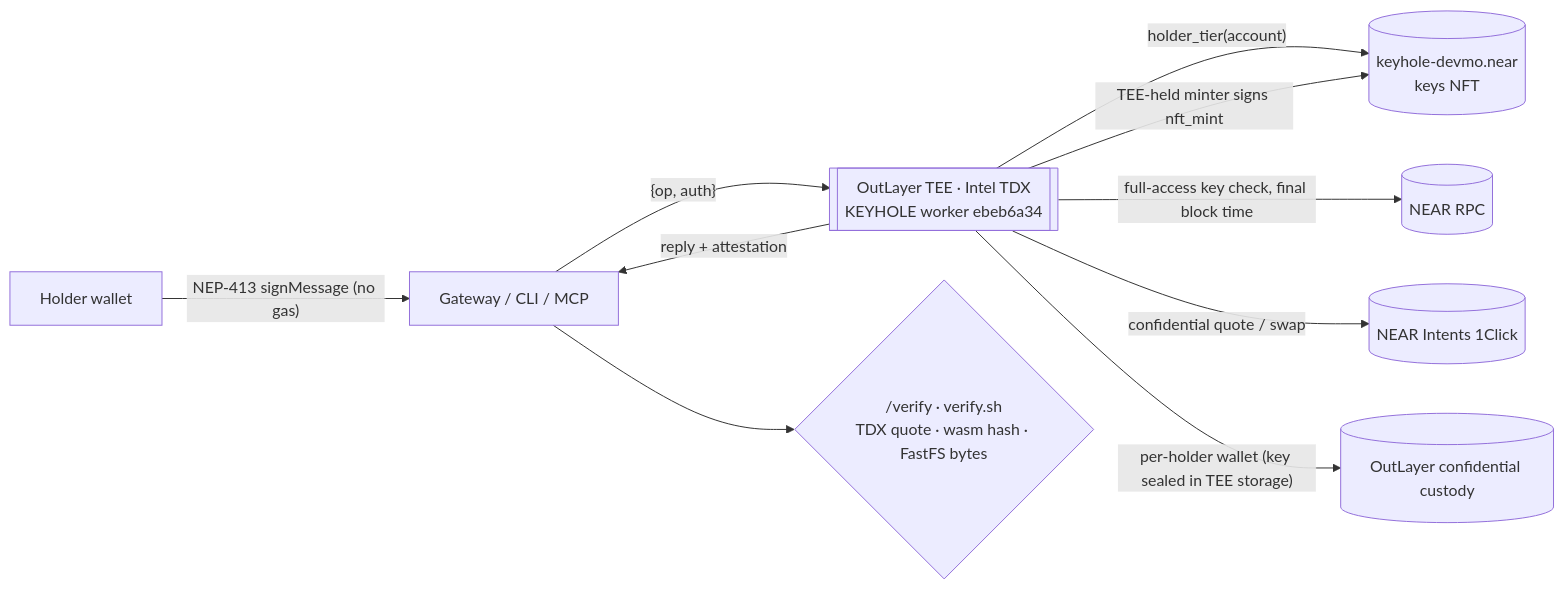
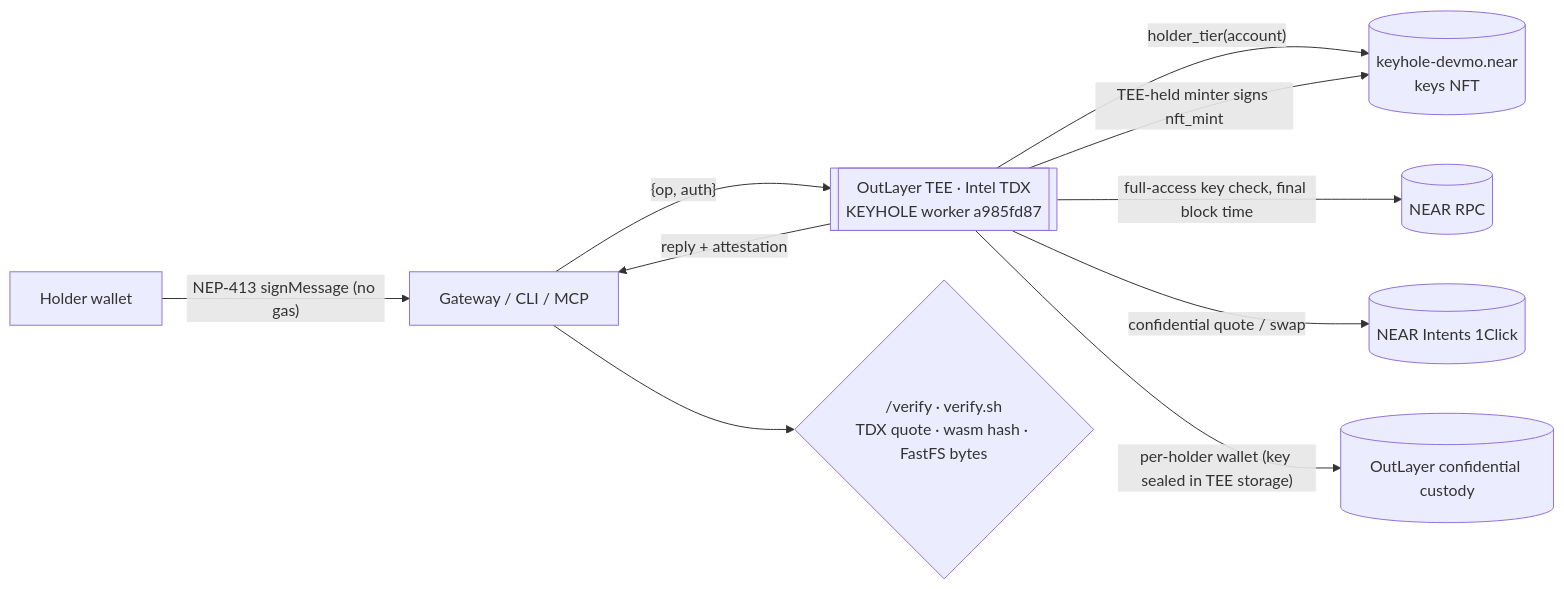
The first of 2 diagrams in README.md (mohamedwael201193/keyhole), drawn with Mermaid before and after one commit. The commit also changed other lines of this file and 35 other files, not shown here.

````diff
--- a/README.md
+++ b/README.md
@@ -190,12 +190,12 @@
 ```mermaid
 flowchart LR
   H[Holder wallet] -- "NEP-413 signMessage (no gas)" --> G[Gateway / CLI / MCP]
-  G -- "{op, auth}" --> T[[OutLayer TEE · Intel TDX<br/>KEYHOLE worker ebeb6a34]]
+  G -- "{op, auth}" --> T[[OutLayer TEE · Intel TDX<br/>KEYHOLE worker a985fd87]]
   T -- "holder_tier(account)" --> C[(keyhole-devmo.near<br/>keys NFT)]
   T -- "full-access key check, final block time" --> N[(NEAR RPC)]
   T -- "confidential quote / swap" --> I[(NEAR Intents 1Click)]
   T -- "per-holder wallet (key sealed in TEE storage)" --> W[(OutLayer confidential custody)]
   T -- "TEE-held minter signs nft_mint" --> C
   T -- "reply + attestation" --> G
   G --> V{"/verify · verify.sh<br/>TDX quote · wasm hash · FastFS bytes"}
 ```
````
